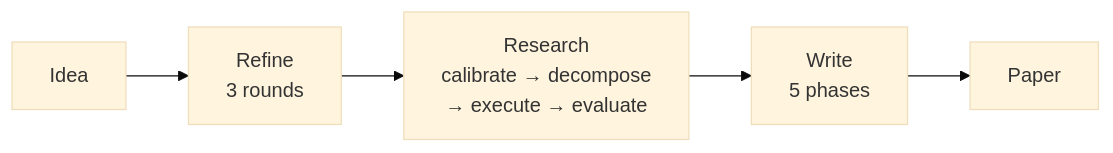
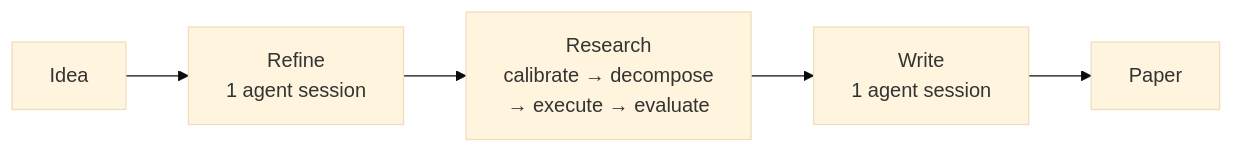
Before and after one commit to dozybot001/MAARS: the first of 2 diagrams in README.md, drawn with Mermaid (base theme). The commit also changed other lines of this file and 292 other files, not shown here.

````diff
--- a/README.md
+++ b/README.md
@@ -11,4 +11,4 @@
 ```mermaid
 flowchart LR
-    I[Idea] --> R["Refine\n3 rounds"] --> RS["Research\ncalibrate → decompose\n→ execute → evaluate"] --> W["Write\n5 phases"] --> O[Paper]
+    I[Idea] --> R["Refine\n1 agent session"] --> RS["Research\ncalibrate → decompose\n→ execute → evaluate"] --> W["Write\n1 agent session"] --> O[Paper]
 ```
````
